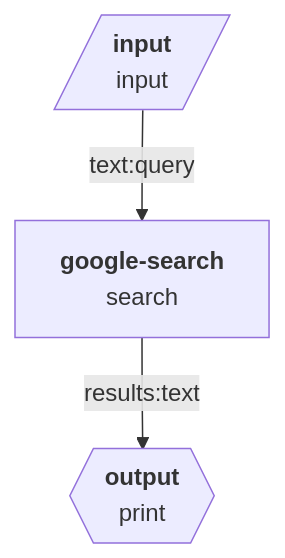
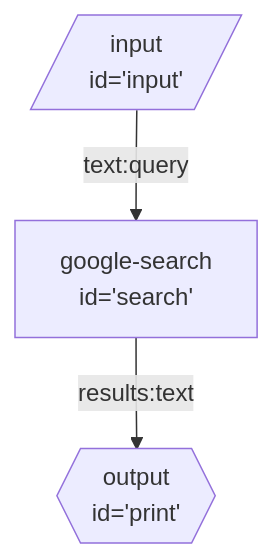
The diagram in seeds/graph-playground/docs/graphs/just-search.md (breadboard-ai/breadboard), drawn with Mermaid before and after one commit. The commit also changed 11 other files, not shown here.

First line of the commit message:
[graph-playground] A bit more style tweaking.

````diff
--- a/seeds/graph-playground/docs/graphs/just-search.md
+++ b/seeds/graph-playground/docs/graphs/just-search.md
@@ -4,9 +4,9 @@
 ```mermaid
 graph TD;
-input[/"`**input**
-input`"/]:::input -- text:query --> search["`**google-search**
-search`"]
-search["`**google-search**
-search`"] -- results:text --> print{{"`**output**
-print`"}}:::output
+input[/"input
+id='input'"/]:::input -- text:query --> search["google-search
+id='search'"]
+search["google-search
+id='search'"] -- results:text --> print{{"output
+id='print'"}}:::output
 ```
````
